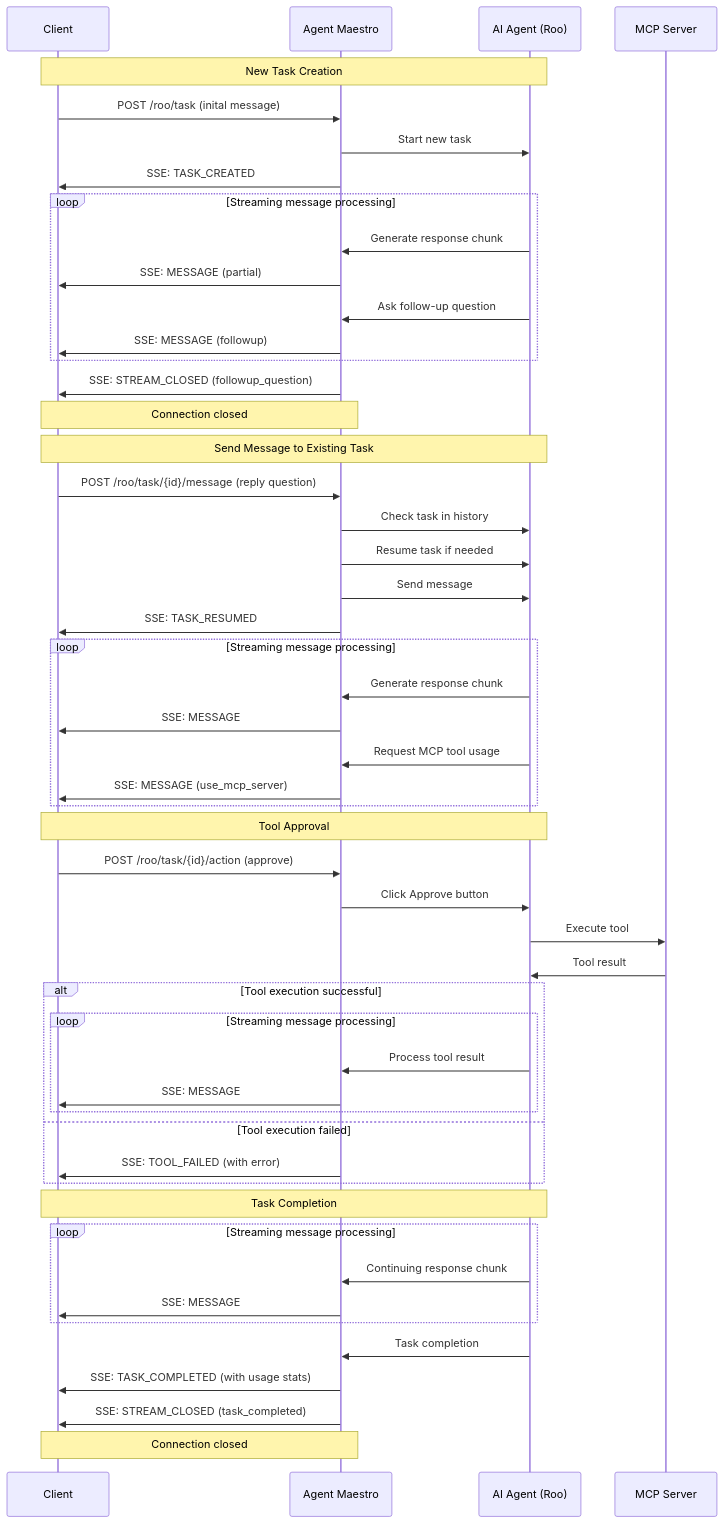
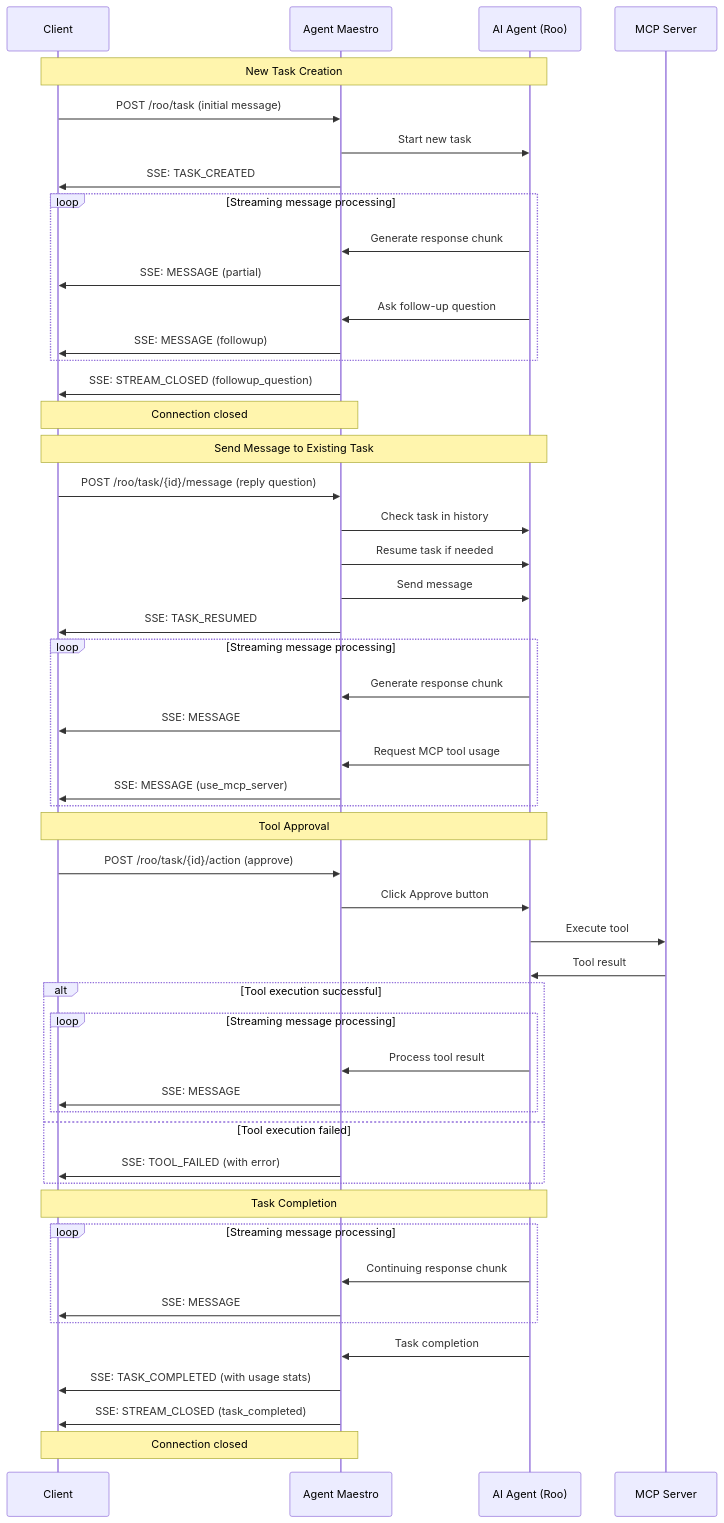
Before and after one commit to Joouis/cline-maestro: the diagram in docs/demo-workflow.mermaid, drawn with Mermaid.

```diff
--- a/docs/demo-workflow.mermaid
+++ b/docs/demo-workflow.mermaid
@@ -1,57 +1,57 @@
 sequenceDiagram
     participant Client
     participant Maestro as Agent Maestro
     participant AIAgent as AI Agent (Roo)
     participant MCPServer as MCP Server
 
     Note over Client,AIAgent: New Task Creation
-    Client->>Maestro: POST /roo/task (inital message)
+    Client->>Maestro: POST /roo/task (initial message)
     Maestro->>AIAgent: Start new task
     Maestro->>Client: SSE: TASK_CREATED
     loop Streaming message processing
         AIAgent->>Maestro: Generate response chunk
         Maestro->>Client: SSE: MESSAGE (partial)
 
         AIAgent->>Maestro: Ask follow-up question
         Maestro->>Client: SSE: MESSAGE (followup)
     end
     Maestro->>Client: SSE: STREAM_CLOSED (followup_question)
     Note over Client,Maestro: Connection closed
 
     Note over Client,AIAgent: Send Message to Existing Task
     Client->>Maestro: POST /roo/task/{id}/message (reply question)
     Maestro->>AIAgent: Check task in history
     Maestro->>AIAgent: Resume task if needed
     Maestro->>AIAgent: Send message
     Maestro->>Client: SSE: TASK_RESUMED
     loop Streaming message processing
         AIAgent->>Maestro: Generate response chunk
         Maestro->>Client: SSE: MESSAGE
 
         AIAgent->>Maestro: Request MCP tool usage
         Maestro->>Client: SSE: MESSAGE (use_mcp_server)
     end
 
     Note over Client,AIAgent: Tool Approval
     Client->>Maestro: POST /roo/task/{id}/action (approve)
     Maestro->>AIAgent: Click Approve button
     AIAgent->>MCPServer: Execute tool
     MCPServer->>AIAgent: Tool result
     alt Tool execution successful
         loop Streaming message processing
             AIAgent->>Maestro: Process tool result
             Maestro->>Client: SSE: MESSAGE
         end
     else Tool execution failed
         Maestro->>Client: SSE: TOOL_FAILED (with error)
     end
 
     Note over Client,AIAgent: Task Completion
     loop Streaming message processing
         AIAgent->>Maestro: Continuing response chunk
         Maestro->>Client: SSE: MESSAGE
     end
     AIAgent->>Maestro: Task completion
     Maestro->>Client: SSE: TASK_COMPLETED (with usage stats)
     Maestro->>Client: SSE: STREAM_CLOSED (task_completed)
     Note over Client,Maestro: Connection closed
```
